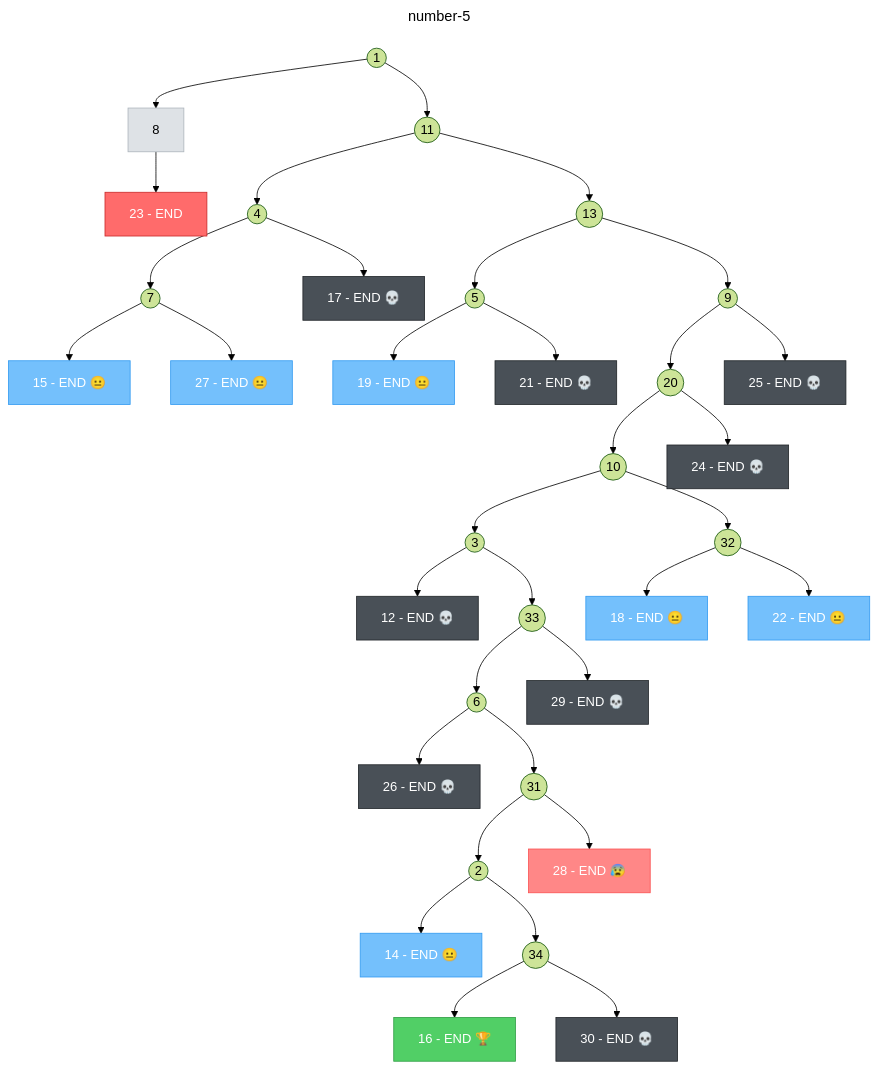
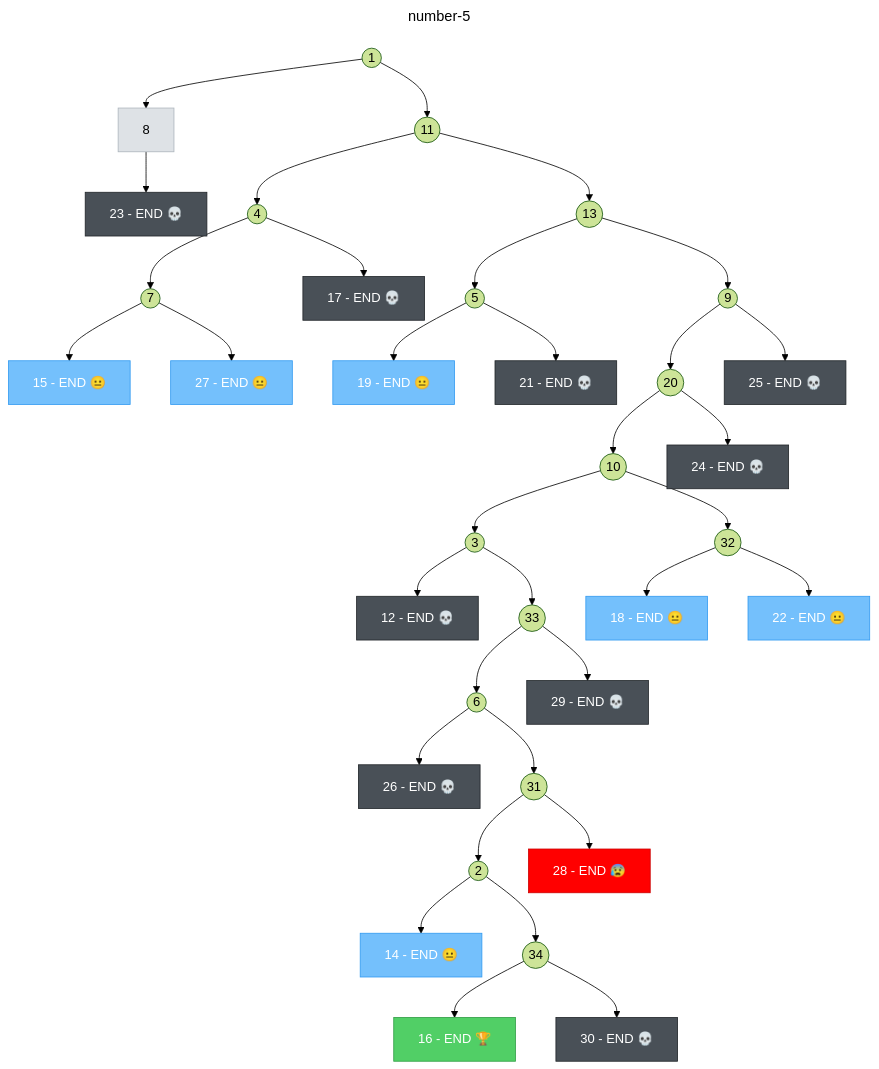
The diagram in number-5/output/structure.mmd (nicodevs/can-claude-code-write-a-good-choose-your-own-adventure-book), drawn with Mermaid (forest theme) before and after one commit. The commit also changed 4 other files, not shown here.

Commit message:
Fix mermaid generator script

```diff
--- a/number-5/output/structure.mmd
+++ b/number-5/output/structure.mmd
@@ -1,83 +1,83 @@
 ---
 title: number-5
 ---
 flowchart TD
     1((1))
     2((2))
     3((3))
     4((4))
     5((5))
     6((6))
     7((7))
     8[8]:::transition
     9((9))
     10((10))
     11((11))
     12[12 - END 💀]:::death
     13((13))
     14[14 - END 😐]:::neutral
     15[15 - END 😐]:::neutral
     16[16 - END 🏆]:::good
     17[17 - END 💀]:::death
     18[18 - END 😐]:::neutral
     19[19 - END 😐]:::neutral
     20((20))
     21[21 - END 💀]:::death
     22[22 - END 😐]:::neutral
-    23[23 - END]:::ending
+    23[23 - END 💀]:::death
     24[24 - END 💀]:::death
     25[25 - END 💀]:::death
     26[26 - END 💀]:::death
     27[27 - END 😐]:::neutral
     28[28 - END 😰]:::bad
     29[29 - END 💀]:::death
     30[30 - END 💀]:::death
     31((31))
     32((32))
     33((33))
     34((34))
     1 --> 8
     1 --> 11
     2 --> 14
     2 --> 34
     3 --> 12
     3 --> 33
     4 --> 7
     4 --> 17
     5 --> 19
     5 --> 21
     6 --> 26
     6 --> 31
     7 --> 15
     7 --> 27
     8 --> 23
     9 --> 20
     9 --> 25
     10 --> 3
     10 --> 32
     11 --> 4
     11 --> 13
     13 --> 5
     13 --> 9
     20 --> 10
     20 --> 24
     31 --> 2
     31 --> 28
     32 --> 18
     32 --> 22
     33 --> 6
     33 --> 29
     34 --> 16
     34 --> 30
 
     classDef ending fill:#ff6b6b,stroke:#c92a2a,color:#fff
     classDef death fill:#495057,stroke:#212529,color:#fff
     classDef good fill:#51cf66,stroke:#2f9e44,color:#fff
-    classDef bad fill:#ff8787,stroke:#fa5252,color:#fff
+    classDef bad fill:#ff0000,stroke:#cc0000,color:#fff
     classDef neutral fill:#74c0fc,stroke:#339af0,color:#fff
     classDef orphan fill:#ffd43b,stroke:#fab005,color:#000
     classDef convergent fill:#9775fa,stroke:#7048e8,color:#fff
     classDef convergent_end fill:#e599f7,stroke:#be4bdb,color:#000
     classDef transition fill:#dee2e6,stroke:#adb5bd,color:#000
 
     %% 34 pages, 33 edges, 17 endings, 0 orphaned, 0 convergent
```
